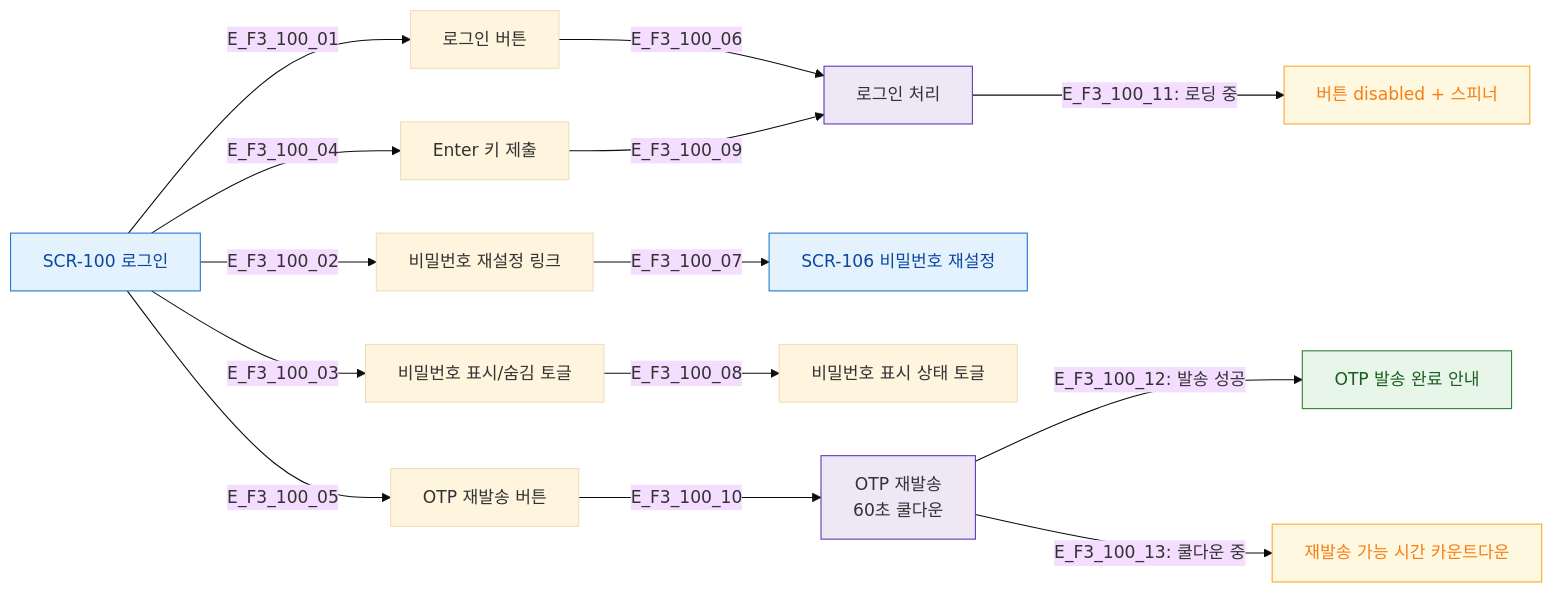
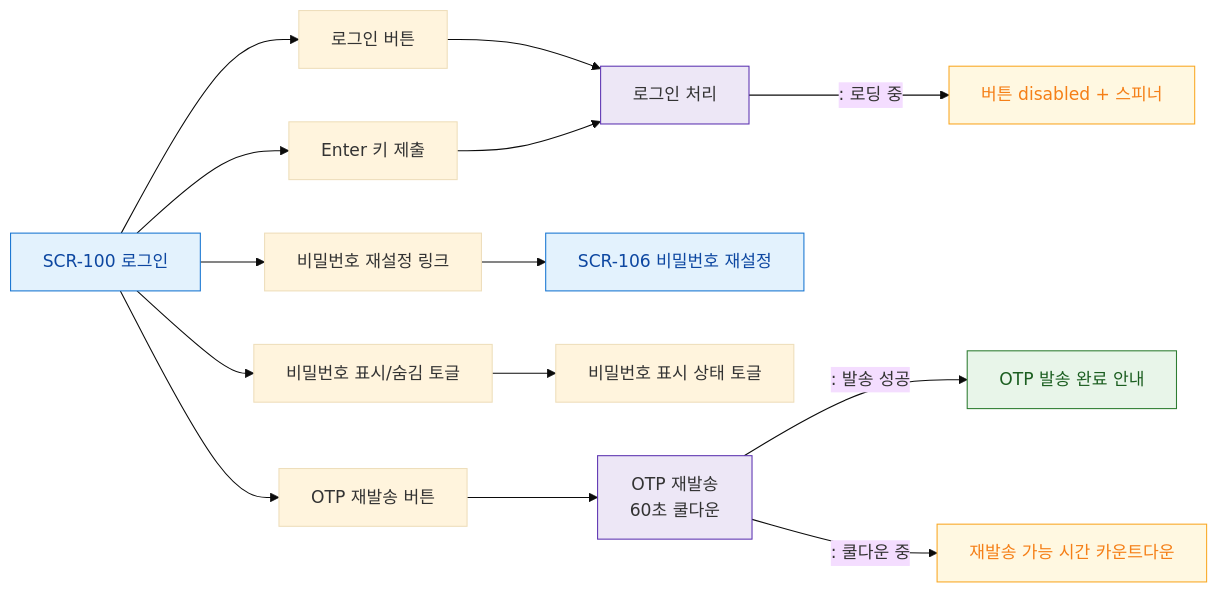
The diagram in docs/다이어그램/D01_공통/SCR-100_로그인/F3_버튼액션.md (dev-spogym/admin-pando), drawn with Mermaid (base theme) before and after one commit. The commit also changed other lines of this file and 1660 other files, not shown here.

First line of the commit message:
다이어그램: 기획자/클라이언트 납품본으로 정리

````diff
--- a/docs/다이어그램/D01_공통/SCR-100_로그인/F3_버튼액션.md
+++ b/docs/다이어그램/D01_공통/SCR-100_로그인/F3_버튼액션.md
@@ -16,29 +14,29 @@
 ```mermaid
 flowchart LR
     SCR_100[SCR-100 로그인]
 
-    SCR_100 -->|E_F3_100_01| BTN_LOGIN[로그인 버튼]
-    SCR_100 -->|E_F3_100_02| BTN_PW_RESET[비밀번호 재설정 링크]
-    SCR_100 -->|E_F3_100_03| BTN_PW_TOGGLE[비밀번호 표시/숨김 토글]
-    SCR_100 -->|E_F3_100_04| ENTER_KEY[Enter 키 제출]
-    SCR_100 -->|E_F3_100_05| BTN_OTP_RESEND[OTP 재발송 버튼]
+    SCR_100 --> BTN_LOGIN[로그인 버튼]
+    SCR_100 --> BTN_PW_RESET[비밀번호 재설정 링크]
+    SCR_100 --> BTN_PW_TOGGLE[비밀번호 표시/숨김 토글]
+    SCR_100 --> ENTER_KEY[Enter 키 제출]
+    SCR_100 --> BTN_OTP_RESEND[OTP 재발송 버튼]
 
-    BTN_LOGIN -->|E_F3_100_06| LOGIN_PROC[로그인 처리]
-    BTN_PW_RESET -->|E_F3_100_07| SCR_106[SCR-106 비밀번호 재설정]
-    BTN_PW_TOGGLE -->|E_F3_100_08| PW_TOGGLE[비밀번호 표시 상태 토글]
-    ENTER_KEY -->|E_F3_100_09| LOGIN_PROC
-    BTN_OTP_RESEND -->|E_F3_100_10| OTP_RESEND[OTP 재발송\n60초 쿨다운]
+    BTN_LOGIN --> LOGIN_PROC[로그인 처리]
+    BTN_PW_RESET --> SCR_106[SCR-106 비밀번호 재설정]
+    BTN_PW_TOGGLE --> PW_TOGGLE[비밀번호 표시 상태 토글]
+    ENTER_KEY --> LOGIN_PROC
+    BTN_OTP_RESEND --> OTP_RESEND[OTP 재발송\n60초 쿨다운]
 
-    LOGIN_PROC -->|"E_F3_100_11: 로딩 중"| BTN_DISABLED[버튼 disabled + 스피너]
-    OTP_RESEND -->|"E_F3_100_12: 발송 성공"| OTP_SENT[OTP 발송 완료 안내]
-    OTP_RESEND -->|"E_F3_100_13: 쿨다운 중"| OTP_COOLDOWN[재발송 가능 시간 카운트다운]
+    LOGIN_PROC -->|": 로딩 중"|BTN_DISABLED[버튼 disabled + 스피너]
+    OTP_RESEND -->|": 발송 성공"|OTP_SENT[OTP 발송 완료 안내]
+    OTP_RESEND -->|": 쿨다운 중"|OTP_COOLDOWN[재발송 가능 시간 카운트다운]
 
-    classDef screen       fill:#E3F2FD,stroke:#1976D2,color:#0D47A1
-    classDef system       fill:#EDE7F6,stroke:#5E35B2
-    classDef success      fill:#E8F5E9,stroke:#2E7D32,color:#1B5E20
-    classDef warning      fill:#FFF8E1,stroke:#F9A825,color:#F57F17
+    classDef screen fill:#E3F2FD,stroke:#1976D2,color:#0D47A1
+    classDef system fill:#EDE7F6,stroke:#5E35B2
+    classDef success fill:#E8F5E9,stroke:#2E7D32,color:#1B5E20
+    classDef warning fill:#FFF8E1,stroke:#F9A825,color:#F57F17
     class SCR_100,SCR_106 screen
     class LOGIN_PROC,OTP_RESEND system
     class OTP_SENT success
     class BTN_DISABLED,OTP_COOLDOWN warning
 ```
````
